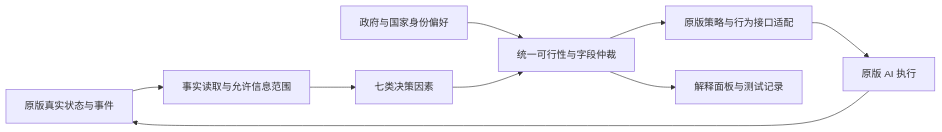
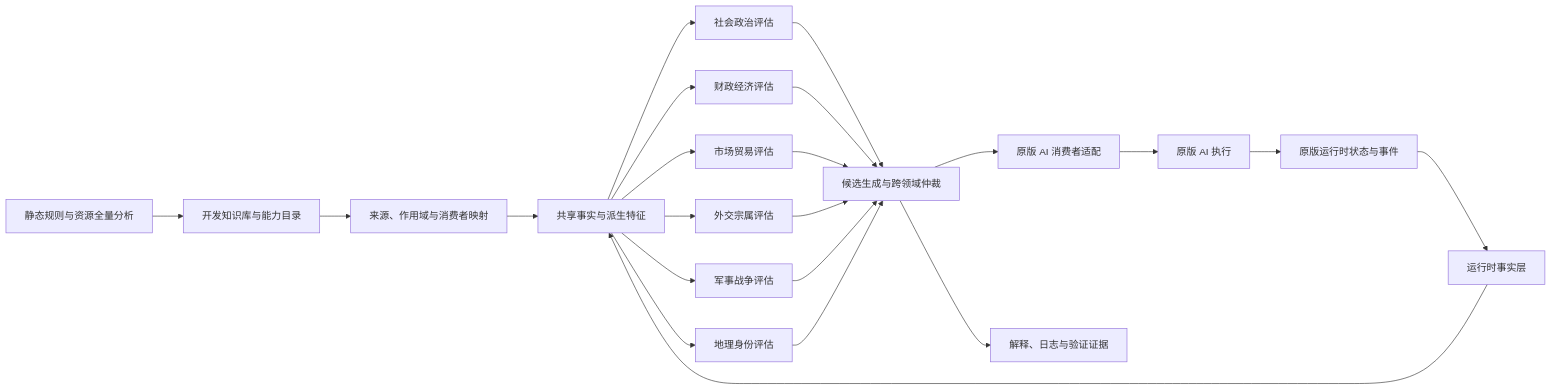
The diagram in docs/design/03-处境决策设计.md (AomaYple/Situated-AI), drawn with Mermaid before and after one commit. The commit also changed other lines of this file and 39 other files, not shown here.

````diff
--- a/docs/design/03-处境决策设计.md
+++ b/docs/design/03-处境决策设计.md
@@ -39,11 +33,24 @@
 ```mermaid
 flowchart LR
-    A[原版真实状态与事件] --> B[事实读取与允许信息范围]
-    B --> C[七类决策因素]
-    P[政府与国家身份偏好] --> D[统一可行性与字段仲裁]
-    C --> D
-    D --> E[原版策略与行为接口适配]
-    E --> F[原版 AI 执行]
-    F --> A
-    D --> G[解释面板与测试记录]
+    A[静态规则与资源全量分析] --> K[开发知识库与能力目录]
+    B[原版运行时状态与事件] --> R[运行时事实层]
+    K --> M[来源、作用域与消费者映射]
+    R --> F[共享事实与派生特征]
+    M --> F
+    F --> P[社会政治评估]
+    F --> E[财政经济评估]
+    F --> T[市场贸易评估]
+    F --> D[外交宗属评估]
+    F --> W[军事战争评估]
+    F --> I[地理身份评估]
+    P --> C[候选生成与跨领域仲裁]
+    E --> C
+    T --> C
+    D --> C
+    W --> C
+    I --> C
+    C --> O[原版 AI 消费者适配]
+    O --> G[原版 AI 执行]
+    G --> B
+    C --> X[解释、日志与验证证据]
 ```
````
